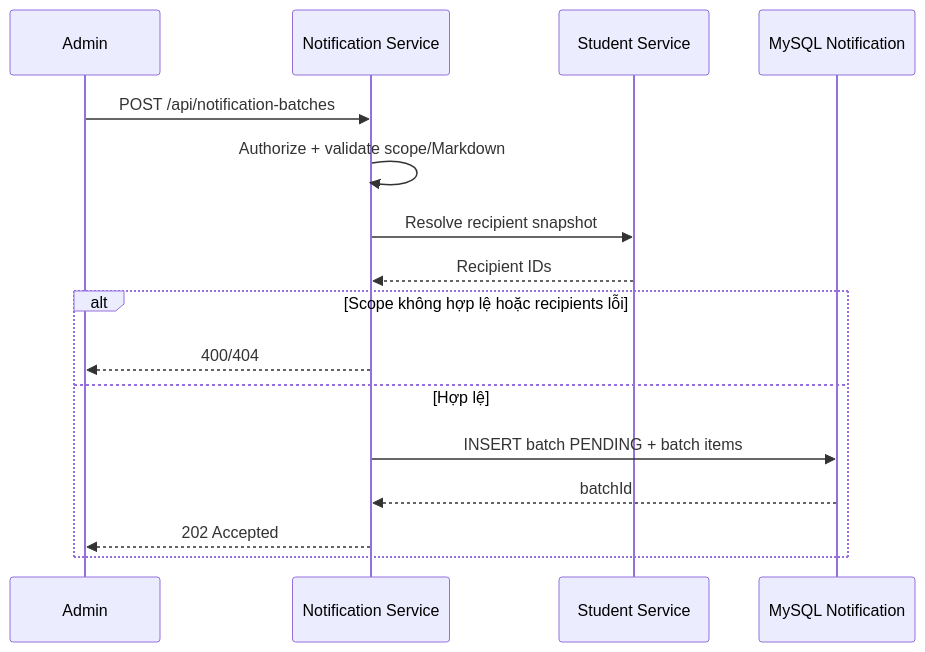
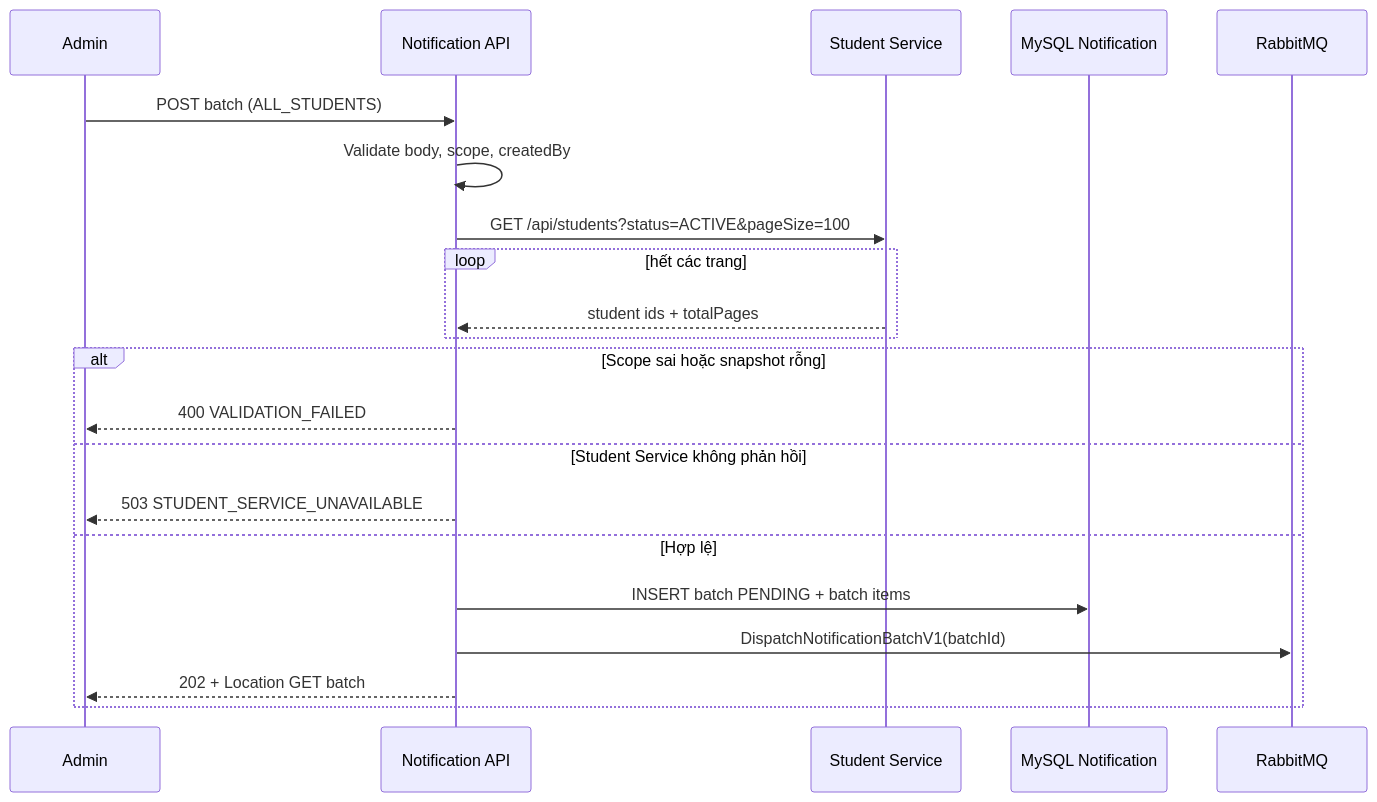
One commit to Minhduc7904/MiniProjectTrainingKaopiz changed the first of 3 diagrams in ducnm3/docs/business-flows/notifications/bulk-notification.md. Above: the diagram before and after it, drawn with Mermaid. The commit also changed other lines of this file and 36 other files, not shown here.

Commit message:
Batch Job — gửi notification ~3k

````diff
--- a/ducnm3/docs/business-flows/notifications/bulk-notification.md
+++ b/ducnm3/docs/business-flows/notifications/bulk-notification.md
@@ -21,19 +21,24 @@
 ```mermaid
 sequenceDiagram
     participant Admin
-    participant API as Notification Service
+    participant API as Notification API
     participant Student as Student Service
     participant DB as MySQL Notification
+    participant Bus as RabbitMQ
 
-    Admin->>API: POST /api/notification-batches
-    API->>API: Authorize + validate scope/Markdown
-    API->>Student: Resolve recipient snapshot
-    Student-->>API: Recipient IDs
-    alt Scope không hợp lệ hoặc recipients lỗi
-        API-->>Admin: 400/404
+    Admin->>API: POST batch (ALL_STUDENTS)
+    API->>API: Validate body, scope, createdBy
+    API->>Student: GET /api/students?status=ACTIVE&pageSize=100
+    loop hết các trang
+        Student-->>API: student ids + totalPages
+    end
+    alt Scope sai hoặc snapshot rỗng
+        API-->>Admin: 400 VALIDATION_FAILED
+    else Student Service không phản hồi
+        API-->>Admin: 503 STUDENT_SERVICE_UNAVAILABLE
     else Hợp lệ
         API->>DB: INSERT batch PENDING + batch items
-        DB-->>API: batchId
-        API-->>Admin: 202 Accepted
+        API->>Bus: DispatchNotificationBatchV1(batchId)
+        API-->>Admin: 202 + Location GET batch
     end
 ```
````
